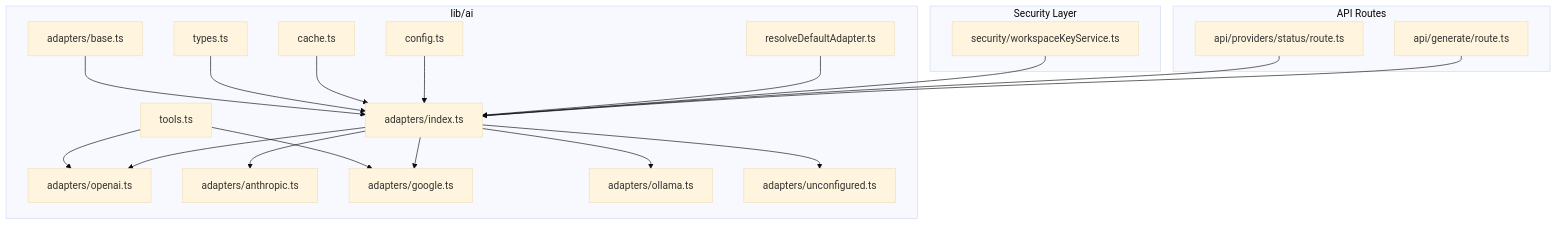
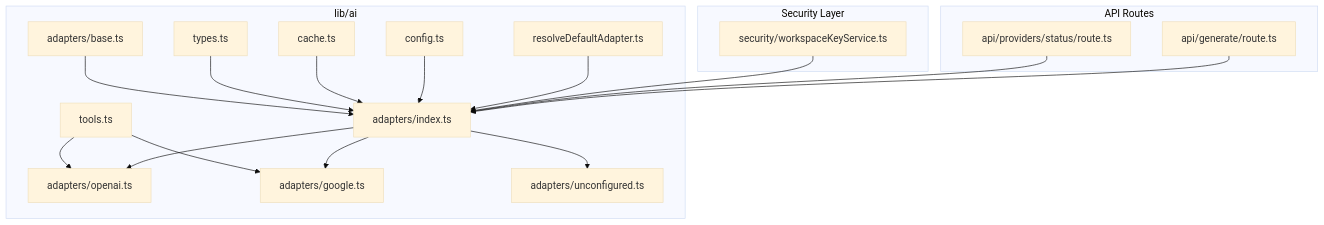
Before and after one commit to shekhargiri005-dotcom/AI-powered-accessibility-first-UI-engine: the first of 9 diagrams in .qoder/repowiki/en/content/Architecture & Design/Layered Architecture/Business Logic Layer/AI Provider Adapter System.md, drawn with Mermaid (base theme). The commit also changed other lines of this file and 10 other files, not shown here.

````diff
--- a/.qoder/repowiki/en/content/Architecture & Design/Layered Architecture/Business Logic Layer/AI Provider Adapter System.md
+++ b/.qoder/repowiki/en/content/Architecture & Design/Layered Architecture/Business Logic Layer/AI Provider Adapter System.md
@@ -57,39 +55,35 @@
 ```mermaid
 graph TB
 subgraph "lib/ai"
 BASE["adapters/base.ts"]
 TYPES["types.ts"]
 TOOLS["tools.ts"]
 CACHE["cache.ts"]
 IDX["adapters/index.ts"]
 OA["adapters/openai.ts"]
-AA["adapters/anthropic.ts"]
 GA["adapters/google.ts"]
-OLA["adapters/ollama.ts"]
 UCA["adapters/unconfigured.ts"]
 CFG["config.ts"]
 RDA["resolveDefaultAdapter.ts"]
 end
 subgraph "Security Layer"
 WK["security/workspaceKeyService.ts"]
 end
 subgraph "API Routes"
 PS["api/providers/status/route.ts"]
 GR["api/generate/route.ts"]
 end
 BASE --> IDX
 TYPES --> IDX
 TOOLS --> OA
 TOOLS --> GA
 CACHE --> IDX
 IDX --> OA
-IDX --> AA
 IDX --> GA
-IDX --> OLA
 IDX --> UCA
 CFG --> IDX
 RDA --> IDX
 WK --> IDX
 PS --> IDX
 GR --> IDX
 ```
````
